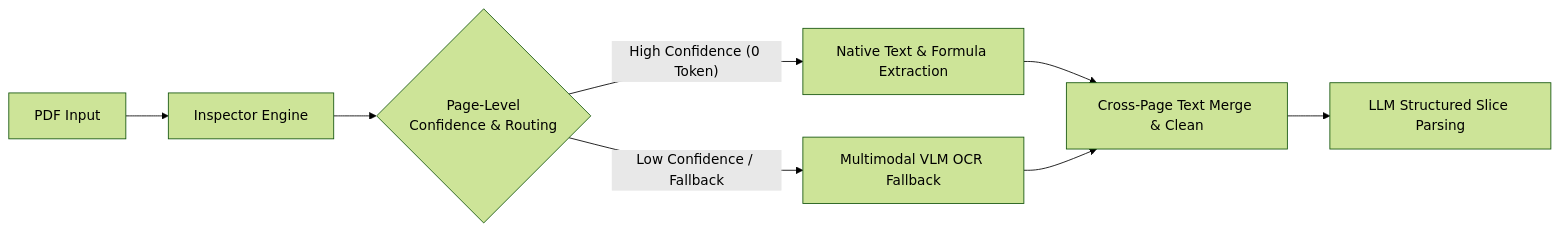
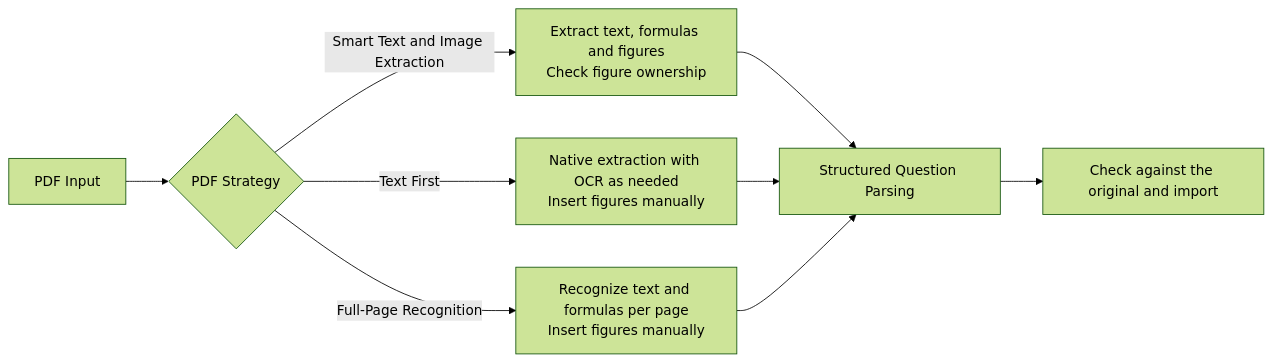
One commit to JudgePeach/math-question-bank changed the first of 3 diagrams in README_EN.md. Above: the diagram before and after it, drawn with Mermaid (forest theme). The commit also changed other lines of this file and 1 other file, not shown here.

````diff
--- a/README_EN.md
+++ b/README_EN.md
@@ -36,10 +36,11 @@
 ```mermaid
 flowchart LR
-    PDF[PDF Input] --> Inspector[Inspector Engine]
-    Inspector --> Route{Page-Level<br/>Confidence & Routing}
-    Route -->|"High Confidence (0 Token)"| Native[Native Text & Formula Extraction]
-    Route -->|"Low Confidence / Fallback"| VLM[Multimodal VLM OCR Fallback]
-    Native --> Merge[Cross-Page Text Merge & Clean]
-    VLM --> Merge
-    Merge --> LLM[LLM Structured Slice Parsing]
+    PDF[PDF Input] --> Strategy{PDF Strategy}
+    Strategy -->|"Smart Text and Image Extraction"| Smart[Extract text, formulas and figures<br/>Check figure ownership]
+    Strategy -->|"Text First"| Native[Native extraction with OCR as needed<br/>Insert figures manually]
+    Strategy -->|"Full-Page Recognition"| VLM[Recognize text and formulas per page<br/>Insert figures manually]
+    Smart --> Split[Structured Question Parsing]
+    Native --> Split
+    VLM --> Split
+    Split --> Review[Check against the original and import]
 ```
````
